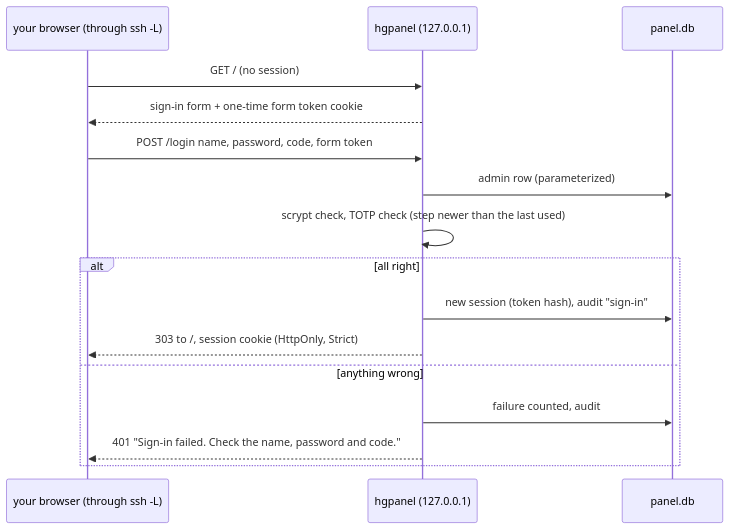
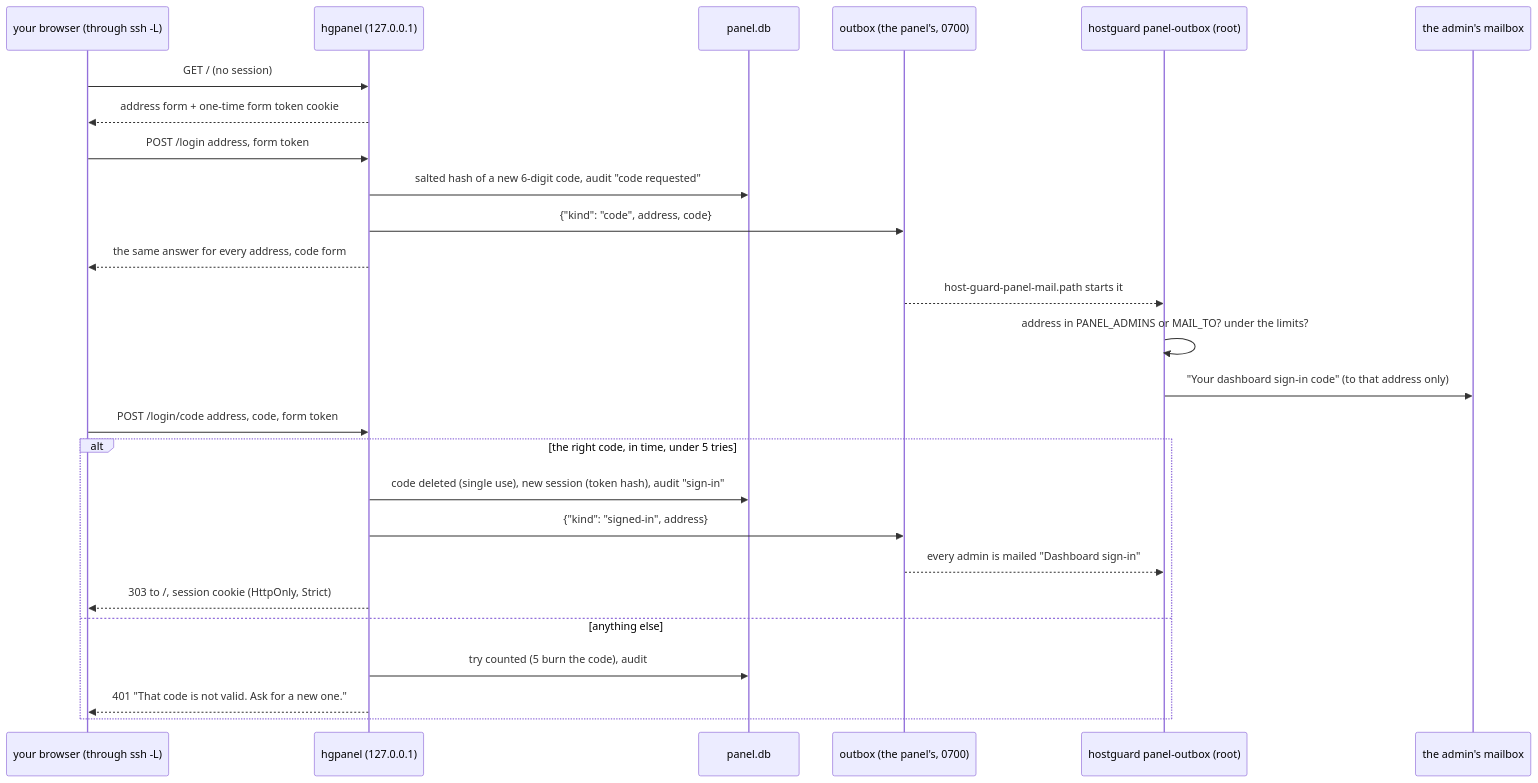
The diagram in docs/PANEL.md (855princekumar/host-guard), drawn with Mermaid before and after one commit. The commit also changed other lines of this file and 22 other files, not shown here.

First line of the commit message:
0.4.0: dashboard sign-in by email and a mailed code, no password

````diff
--- a/docs/PANEL.md
+++ b/docs/PANEL.md
@@ -70,18 +87,28 @@
 ```mermaid
 sequenceDiagram
     participant B as your browser (through ssh -L)
     participant P as hgpanel (127.0.0.1)
     participant D as panel.db
+    participant O as outbox (the panel's, 0700)
+    participant R as hostguard panel-outbox (root)
+    participant M as the admin's mailbox
     B->>P: GET / (no session)
-    P-->>B: sign-in form + one-time form token cookie
-    B->>P: POST /login name, password, code, form token
-    P->>D: admin row (parameterized)
-    P->>P: scrypt check, TOTP check (step newer than the last used)
-    alt all right
-        P->>D: new session (token hash), audit "sign-in"
+    P-->>B: address form + one-time form token cookie
+    B->>P: POST /login address, form token
+    P->>D: salted hash of a new 6-digit code, audit "code requested"
+    P->>O: {"kind": "code", address, code}
+    P-->>B: the same answer for every address, code form
+    O-->>R: host-guard-panel-mail.path starts it
+    R->>R: address in PANEL_ADMINS or MAIL_TO? under the limits?
+    R->>M: "Your dashboard sign-in code" (to that address only)
+    B->>P: POST /login/code address, code, form token
+    alt the right code, in time, under 5 tries
+        P->>D: code deleted (single use), new session (token hash), audit "sign-in"
+        P->>O: {"kind": "signed-in", address}
+        O-->>R: every admin is mailed "Dashboard sign-in"
         P-->>B: 303 to /, session cookie (HttpOnly, Strict)
-    else anything wrong
-        P->>D: failure counted, audit
-        P-->>B: 401 "Sign-in failed. Check the name, password and code."
+    else anything else
+        P->>D: try counted (5 burn the code), audit
+        P-->>B: 401 "That code is not valid. Ask for a new one."
     end
 ```
````
